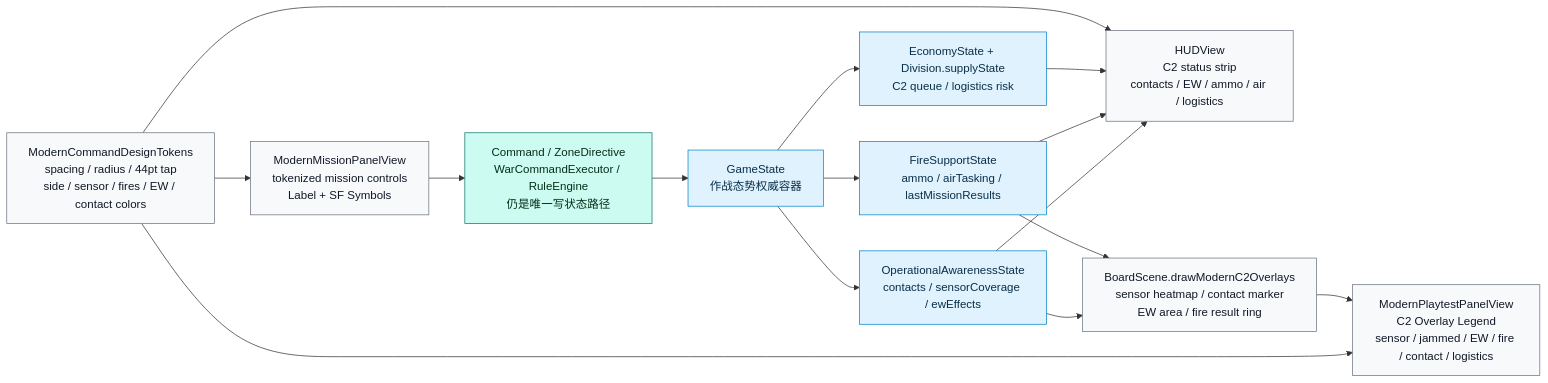
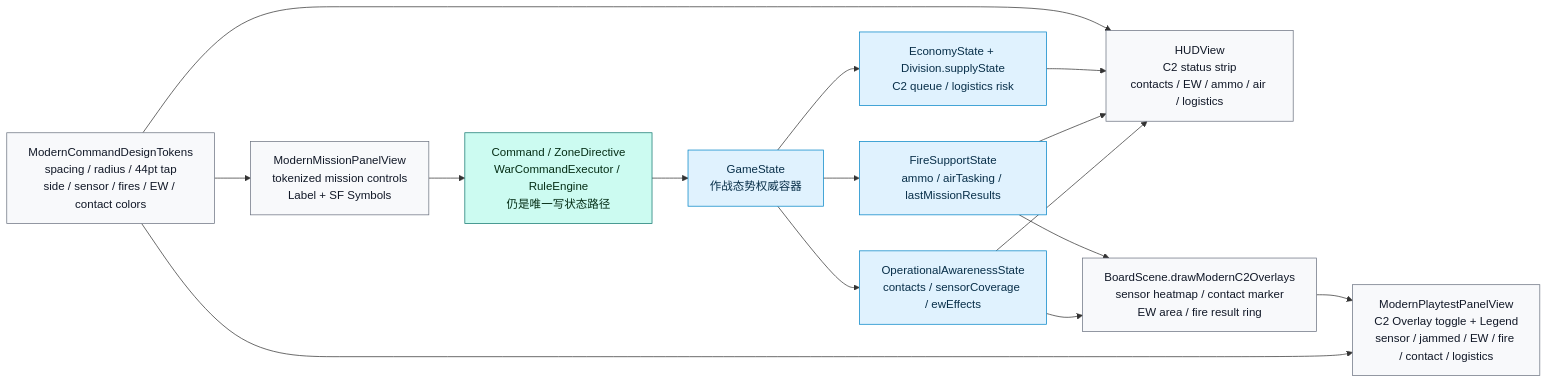
Before and after one commit to Altman-sam114/127: the tenth of 20 diagrams in md/flow/flowchart.md, drawn with Mermaid. The commit also changed other lines of this file and 10 other files, not shown here.

Commit message:
feat(ui): add c2 overlay toggle

````diff
--- a/md/flow/flowchart.md
+++ b/md/flow/flowchart.md
@@ -293,28 +293,28 @@
 ```mermaid
 flowchart LR
     GS["GameState<br/>作战态势权威容器"]:::state
     AWARE["OperationalAwarenessState<br/>contacts / sensorCoverage / ewEffects"]:::state
     FIRE["FireSupportState<br/>ammo / airTasking / lastMissionResults"]:::state
     ECON["EconomyState + Division.supplyState<br/>C2 queue / logistics risk"]:::state
     TOKENS["ModernCommandDesignTokens<br/>spacing / radius / 44pt tap<br/>side / sensor / fires / EW / contact colors"]:::display
     HUD["HUDView<br/>C2 status strip<br/>contacts / EW / ammo / air / logistics"]:::display
     TASKS["ModernMissionPanelView<br/>tokenized mission controls<br/>Label + SF Symbols"]:::display
     MAP["BoardScene.drawModernC2Overlays<br/>sensor heatmap / contact marker<br/>EW area / fire result ring"]:::display
-    LEGEND["ModernPlaytestPanelView<br/>C2 Overlay Legend<br/>sensor / jammed / EW / fire / contact / logistics"]:::display
+    LEGEND["ModernPlaytestPanelView<br/>C2 Overlay toggle + Legend<br/>sensor / jammed / EW / fire / contact / logistics"]:::display
     RULES["Command / ZoneDirective<br/>WarCommandExecutor / RuleEngine<br/>仍是唯一写状态路径"]:::rules
 
     GS --> AWARE --> HUD
     GS --> FIRE --> HUD
     GS --> ECON --> HUD
     TOKENS --> HUD
     TOKENS --> TASKS
     TOKENS --> LEGEND
     AWARE --> MAP
     FIRE --> MAP
     MAP --> LEGEND
     TASKS --> RULES --> GS
 
     classDef state fill:#e0f2fe,stroke:#0284c7,color:#082f49
     classDef display fill:#f8f9fb,stroke:#6b7280,color:#111827
     classDef rules fill:#ccfbf1,stroke:#0f766e,color:#052e16
 ```
````
